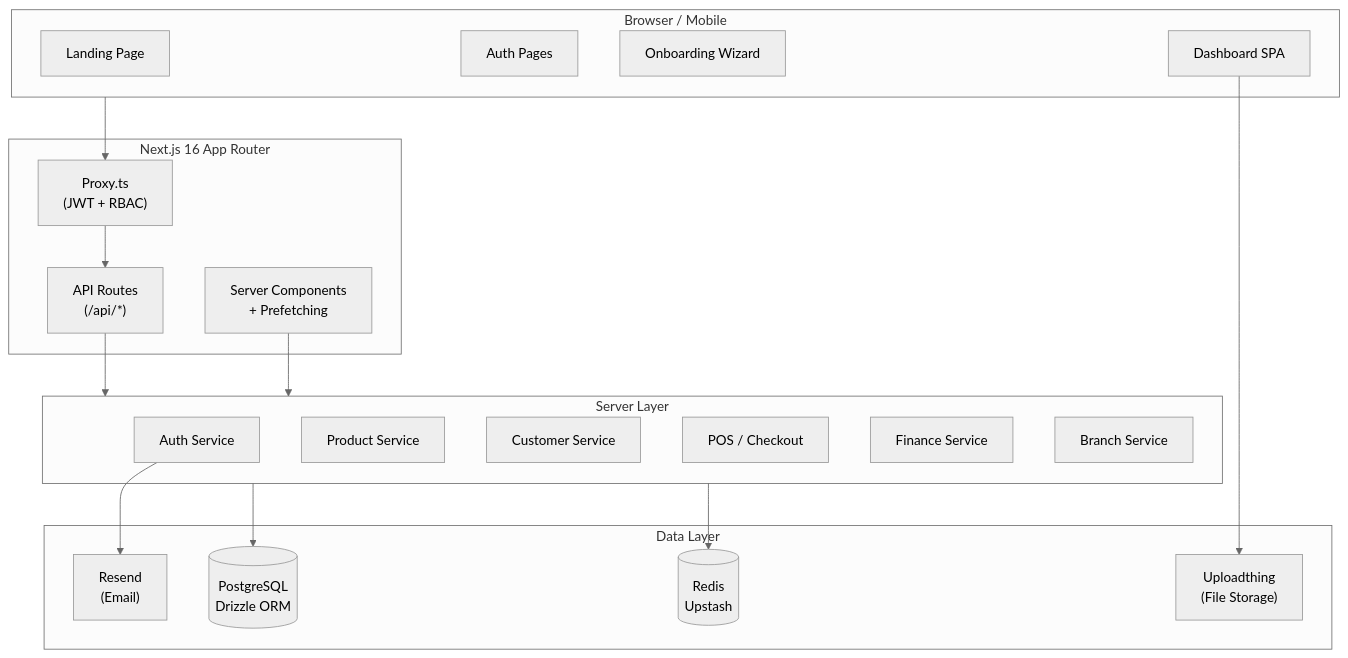
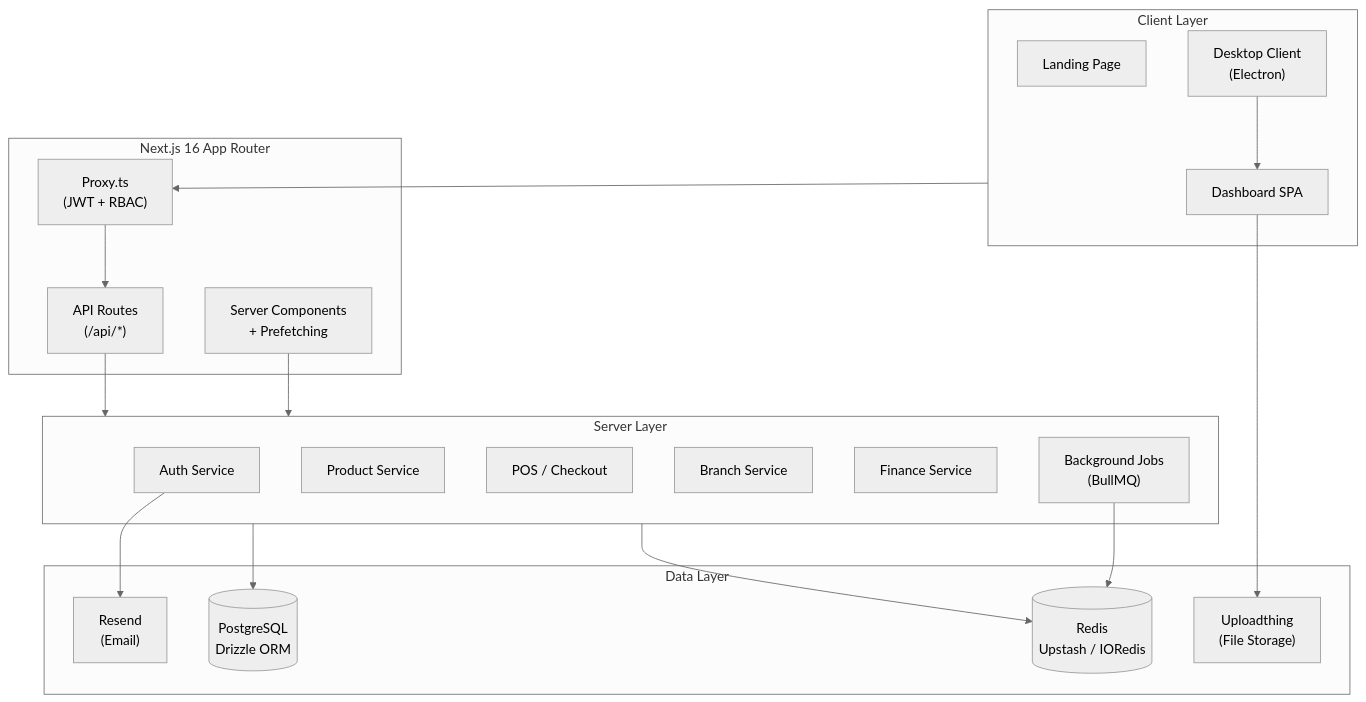
One commit to ZeoFex/ventrav1 changed the first of 8 diagrams in README.md. Above: the diagram before and after it, drawn with Mermaid (neutral theme). The commit also changed other lines of this file, not shown here.

````diff
--- a/README.md
+++ b/README.md
@@ -25,39 +25,40 @@
 ```mermaid
 flowchart TB
-  subgraph Client ["Browser / Mobile"]
+  subgraph Clients ["Client Layer"]
     LP["Landing Page"]
-    AUTH["Auth Pages"]
-    ONB["Onboarding Wizard"]
     DASH["Dashboard SPA"]
+    ELEC["Desktop Client\n(Electron)"]
   end
 
   subgraph NextJS ["Next.js 16 App Router"]
     MW["Proxy.ts\n(JWT + RBAC)"]
     API["API Routes\n(/api/*)"]
     SSR["Server Components\n+ Prefetching"]
   end
 
   subgraph Services ["Server Layer"]
     AS["Auth Service"]
     PS["Product Service"]
-    CS["Customer Service"]
     POS_S["POS / Checkout"]
-    FS["Finance Service"]
     BS["Branch Service"]
+    FIS["Finance Service"]
+    BJ["Background Jobs\n(BullMQ)"]
   end
 
   subgraph Data ["Data Layer"]
     PG[("PostgreSQL\nDrizzle ORM")]
-    RD[("Redis\nUpstash")]
+    RD[("Redis\nUpstash / IORedis")]
     UT["Uploadthing\n(File Storage)"]
     RS["Resend\n(Email)"]
   end
 
-  Client --> MW --> API
+  Clients --> MW --> API
   API --> Services
   SSR --> Services
   Services --> PG
   Services --> RD
+  BJ --> RD
   AS --> RS
   DASH --> UT
+  ELEC --> DASH
 ```
````
